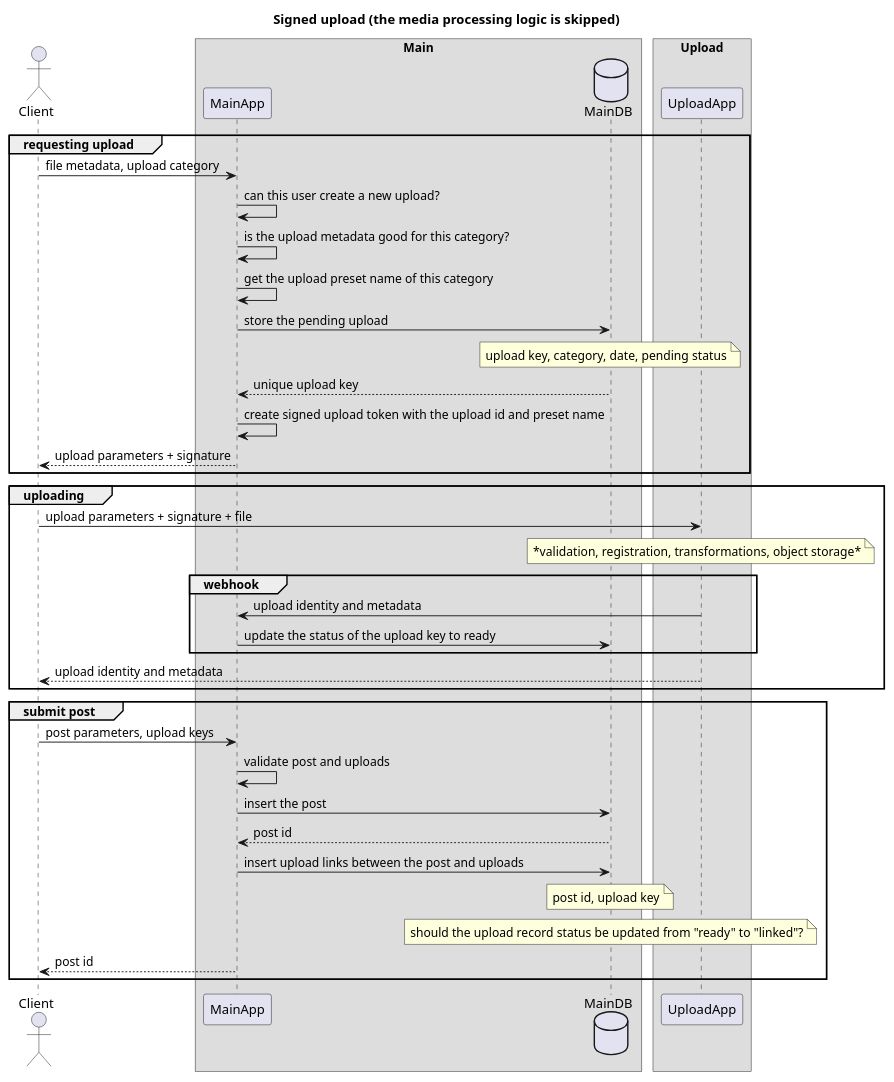
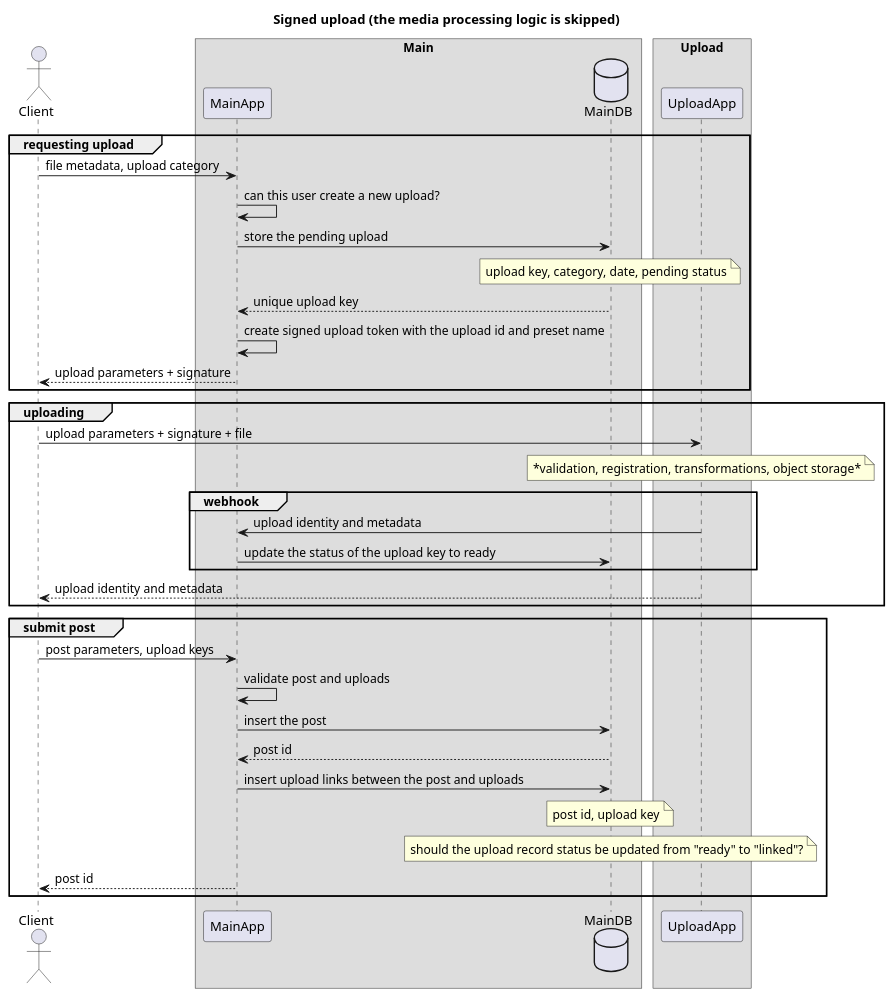
Before and after one commit to peter-peter-22/java-social-app: the diagram in java/planning/media/signed_upload.puml, drawn with PlantUML. The commit also changed 8 other files, not shown here.

```diff
--- a/java/planning/media/signed_upload.puml
+++ b/java/planning/media/signed_upload.puml
@@ -1,52 +1,50 @@
 @startuml
 
 title Signed upload (the media processing logic is skipped)
 
 skinparam BoxPadding 5
 skinparam ParticipantPadding 5
 
 actor Client
 
 box Main
 participant MainApp
 database MainDB
 endbox
 
 box Upload
 participant UploadApp
 endbox
 
 group requesting upload
 Client->MainApp: file metadata, upload category
 MainApp->MainApp: can this user create a new upload?
-MainApp->MainApp: is the upload metadata good for this category?
-MainApp->MainApp: get the upload preset name of this category
 MainApp->MainDB: store the pending upload
 note over MainDB: upload key, category, date, pending status
 return unique upload key
 MainApp->MainApp: create signed upload token with the upload id and preset name
 MainApp-->Client: upload parameters + signature
 end
 
 group uploading
 Client->UploadApp: upload parameters + signature + file
 note over UploadApp: *validation, registration, transformations, object storage*
 group webhook
 UploadApp->MainApp: upload identity and metadata
 MainApp->MainDB: update the status of the upload key to ready
 end
 UploadApp-->Client: upload identity and metadata
 end
 
 group submit post
 Client->MainApp: post parameters, upload keys
 MainApp->MainApp: validate post and uploads
 MainApp->MainDB: insert the post
 return post id
 MainApp->MainDB: insert upload links between the post and uploads
 note over MainDB: post id, upload key
 note over MainDB: should the upload record status be updated from "ready" to "linked"?
 MainApp-->Client: post id
 end
 
 @enduml
```
